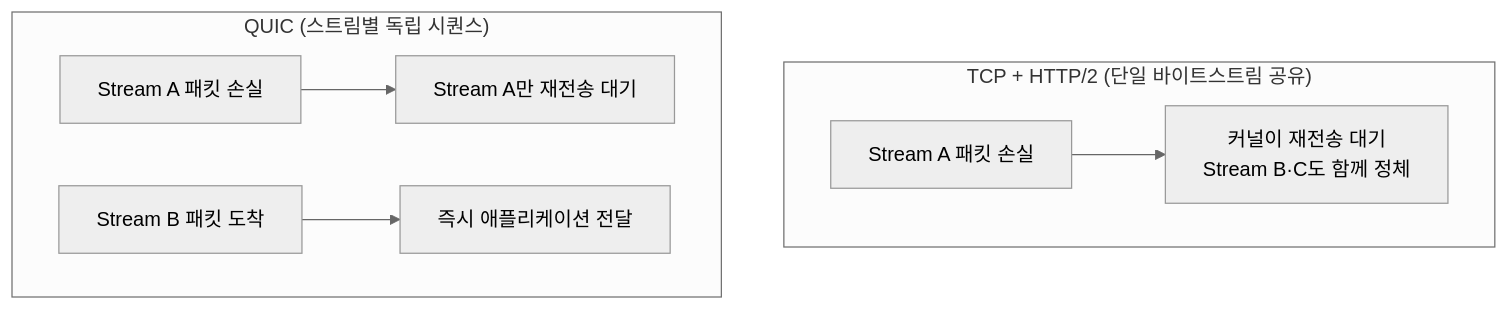
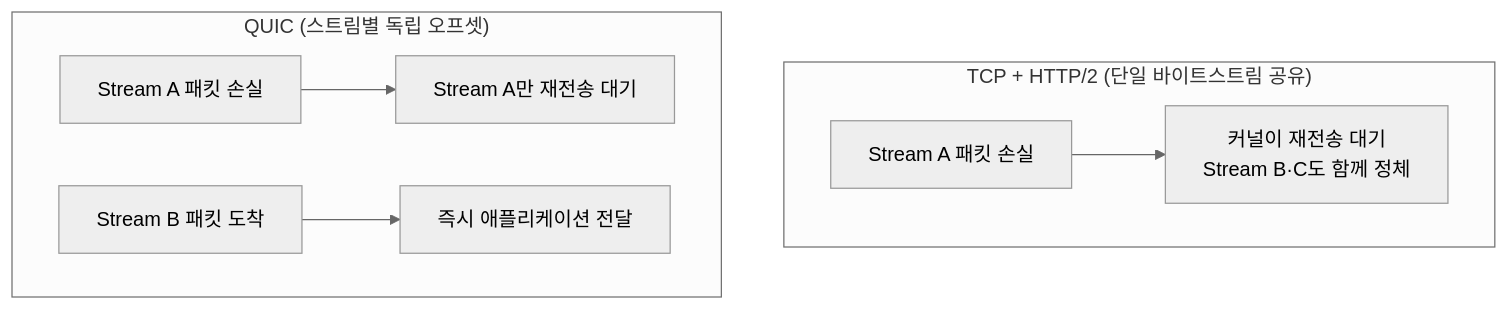
One commit to 42jerrykim/42jerrykim.github.io changed the diagram in content/collection/optimization-10-network/16-quic-protocol/index.md. Above: the diagram before and after it, drawn with Mermaid (neutral theme). The commit also changed other lines of this file and 1 other file, not shown here.

First line of the commit message:
feat: optimization-10-network/16-quic-protocol post-quality-loop 채점 완료 (95.8점, 통과)

````diff
--- a/content/collection/optimization-10-network/16-quic-protocol/index.md
+++ b/content/collection/optimization-10-network/16-quic-protocol/index.md
@@ -76,10 +77,10 @@
 ```mermaid
 flowchart TB
   subgraph tcpPath ["TCP + HTTP/2 (단일 바이트스트림 공유)"]
     tcpLoss["Stream A 패킷 손실"] --> tcpBlockAll["커널이 재전송 대기</br>Stream B·C도 함께 정체"]
   end
-  subgraph quicPath ["QUIC (스트림별 독립 시퀀스)"]
+  subgraph quicPath ["QUIC (스트림별 독립 오프셋)"]
     quicLoss["Stream A 패킷 손실"] --> quicWaitA["Stream A만 재전송 대기"]
     quicOk["Stream B 패킷 도착"] --> quicDeliver["즉시 애플리케이션 전달"]
   end
 ```
````
